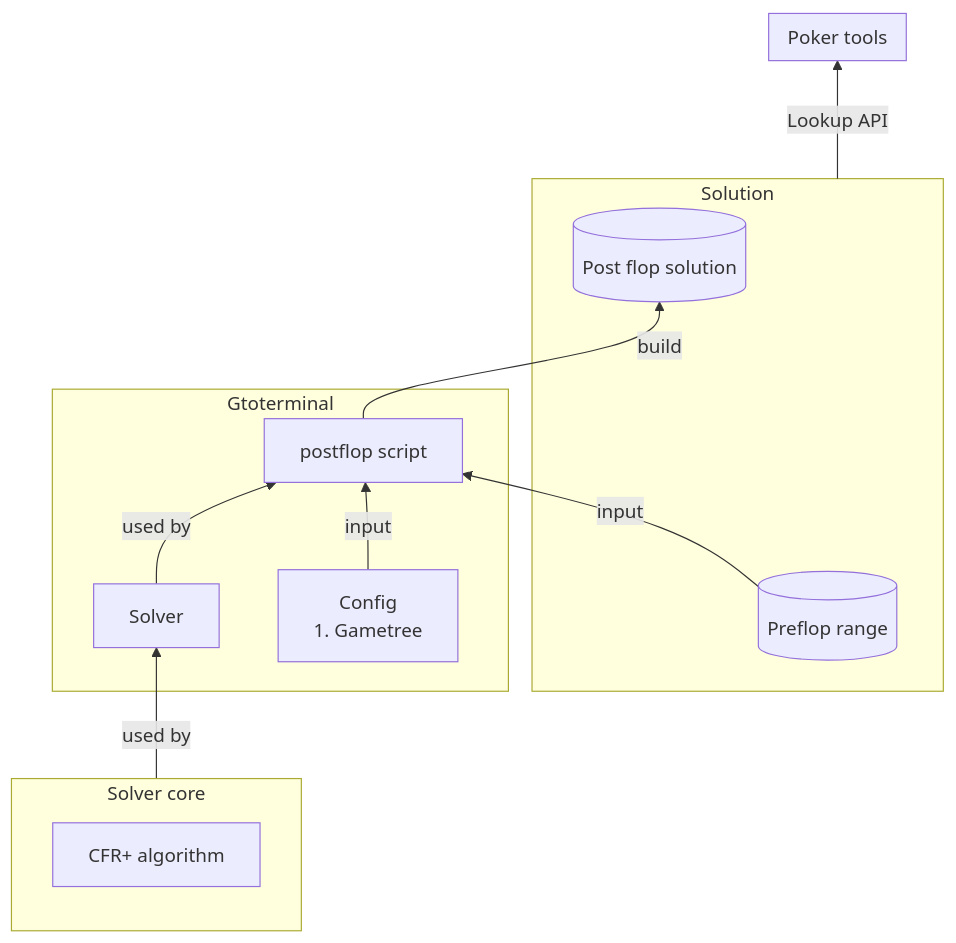
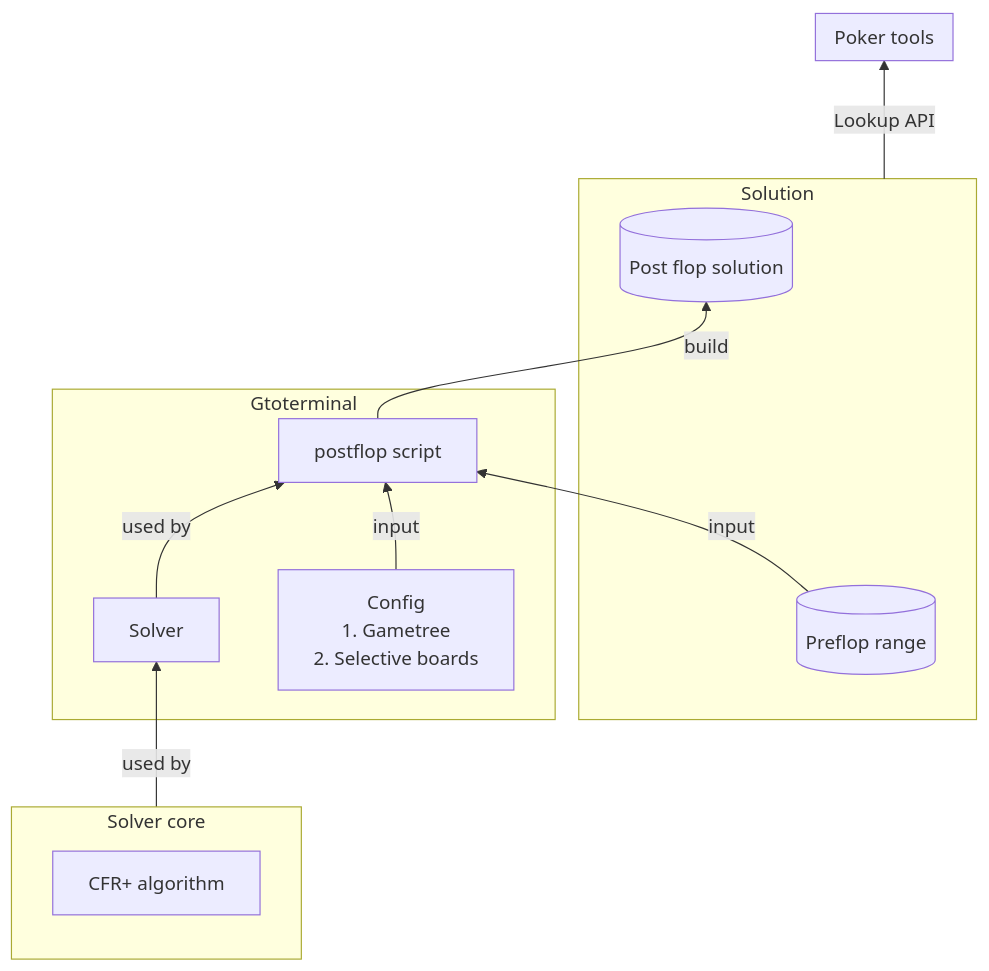
The diagram in README.MD (knlnguyen1802/test), drawn with Mermaid before and after one commit. The commit also changed other lines of this file, not shown here.

````diff
--- a/README.MD
+++ b/README.MD
@@ -10,28 +10,28 @@
 ```mermaid
 graph BT
     subgraph CORE[Solver core]
         CFR[CFR+ algorithm]
     end
 
     subgraph TERMINAL[Gtoterminal]
-        CONFIG[Config<br>1. Gametree]
+        CONFIG[Config<br>1. Gametree<br>2. Selective boards]
         SCR[postflop script]
         SOLVER[Solver]
     end
 
     subgraph DATA[Solution]
         PREDB[(Preflop range)]
         POSTDB[(Post flop solution)]
     end
 
     subgraph TOOL[Poker tools]
     end
 
 
     CORE --> |used by| SOLVER
     SOLVER --> |used by| SCR
     PREDB --> |input| SCR
     CONFIG --> |input| SCR
     SCR --> |build| POSTDB
     DATA -----> |Lookup API| TOOL
 ```
````
